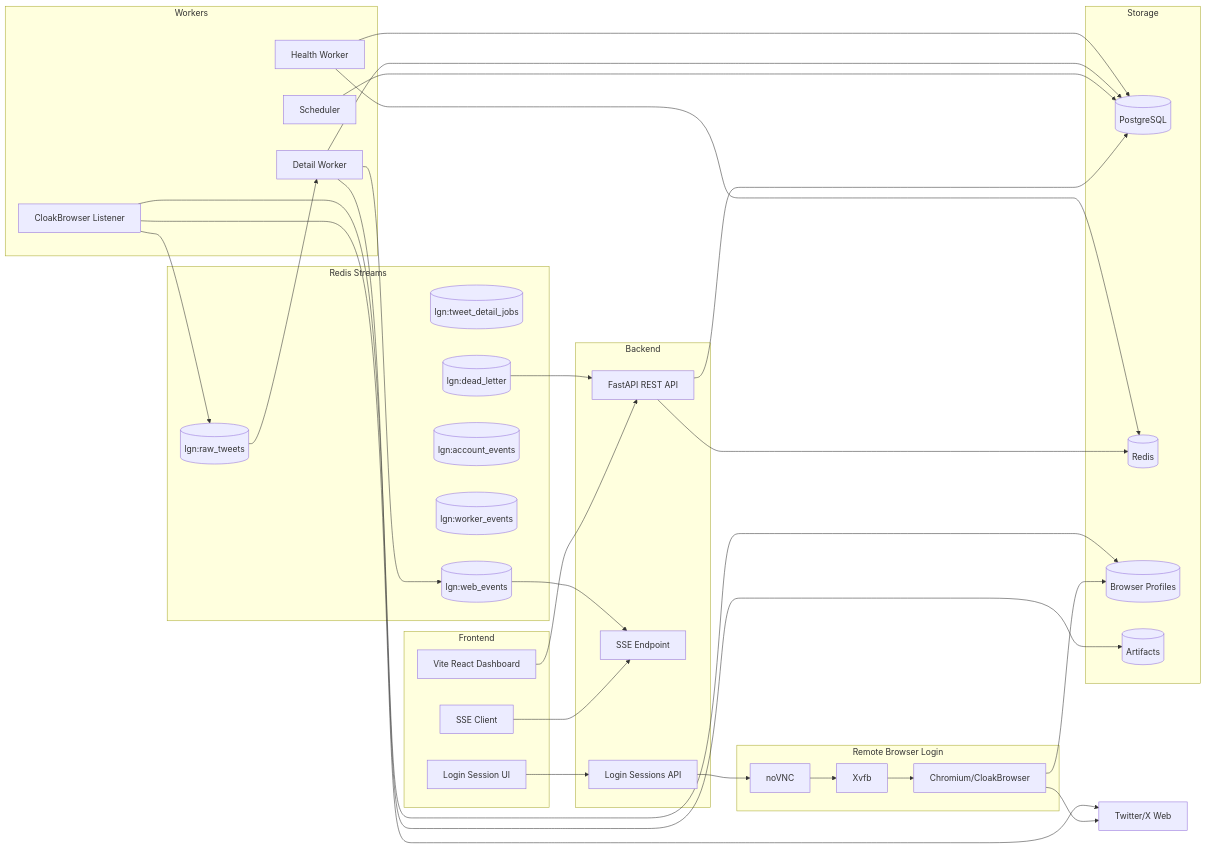
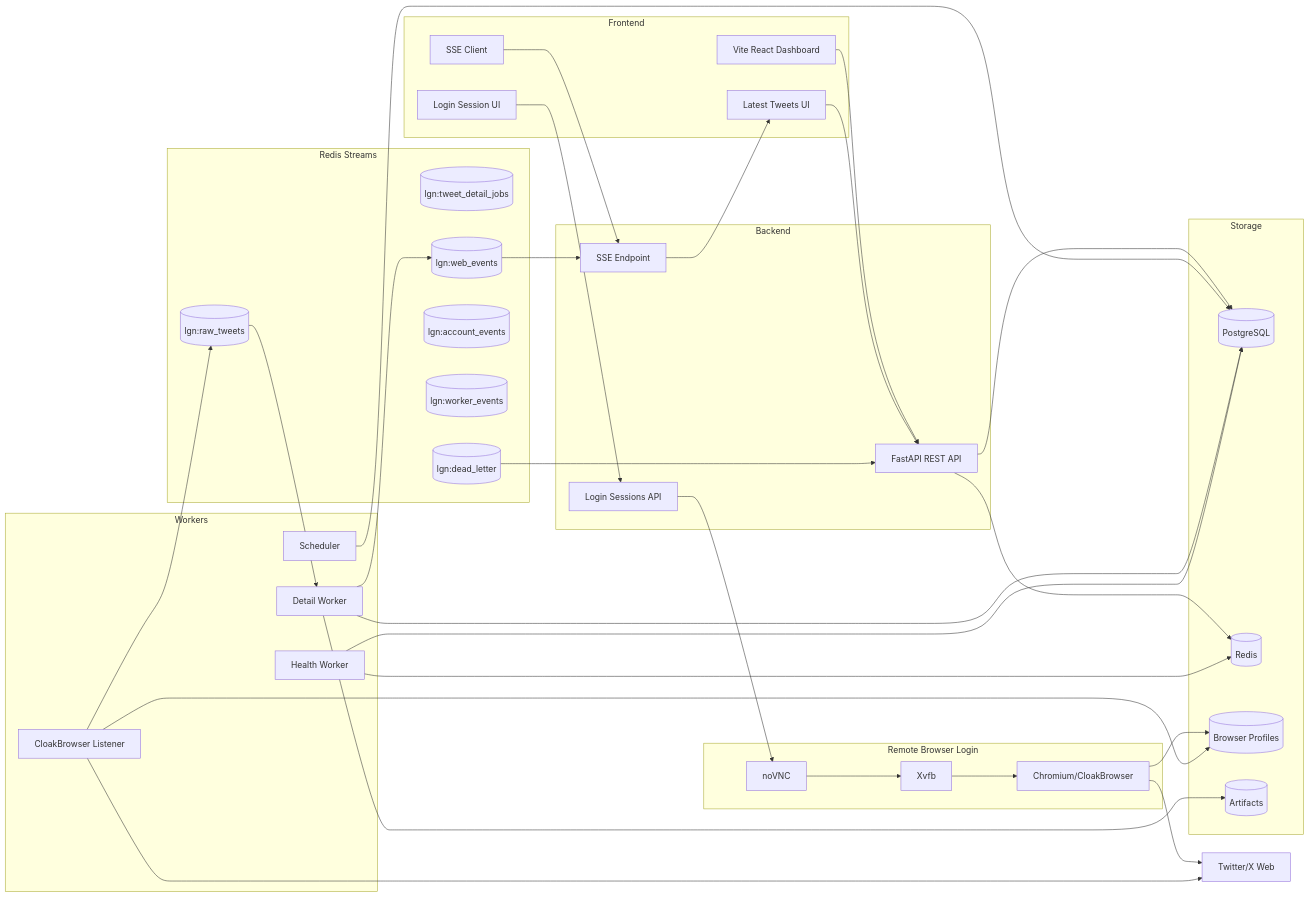
The first of 5 diagrams in docs/architecture.md (Guranta/ganksnews), drawn with Mermaid before and after one commit. The commit also changed other lines of this file and 4 other files, not shown here.

Commit message:
docs: plan latest tweets display

````diff
--- a/docs/architecture.md
+++ b/docs/architecture.md
@@ -5,68 +5,71 @@
 ```mermaid
 flowchart LR
     subgraph Web[Frontend]
         UI[Vite React Dashboard]
         SSEClient[SSE Client]
+        LatestTweets[Latest Tweets UI]
         LoginUI[Login Session UI]
     end
 
     subgraph API[Backend]
         FastAPI[FastAPI REST API]
         SSE[SSE Endpoint]
         LoginSessions[Login Sessions API]
     end
 
     subgraph RemoteBrowser[Remote Browser Login]
         NoVNC[noVNC]
         Xvfb[Xvfb]
         LoginBrowser[Chromium/CloakBrowser]
     end
 
     subgraph Workers[Workers]
         Scheduler[Scheduler]
         Listener[CloakBrowser Listener]
         Detail[Detail Worker]
         Health[Health Worker]
     end
 
     subgraph Queue[Redis Streams]
         RawTweets[(lgn:raw_tweets)]
         DetailJobs[(lgn:tweet_detail_jobs)]
         WebEvents[(lgn:web_events)]
         AccountEvents[(lgn:account_events)]
         WorkerEvents[(lgn:worker_events)]
         DeadLetter[(lgn:dead_letter)]
     end
 
     subgraph Storage[Storage]
         PG[(PostgreSQL)]
         Redis[(Redis)]
         Profiles[(Browser Profiles)]
         Artifacts[(Artifacts)]
     end
 
     X[Twitter/X Web]
 
     UI --> FastAPI
+    LatestTweets --> FastAPI
     SSEClient --> SSE
     LoginUI --> LoginSessions
     FastAPI --> PG
     FastAPI --> Redis
     LoginSessions --> NoVNC
     NoVNC --> Xvfb
     Xvfb --> LoginBrowser
     LoginBrowser --> X
     LoginBrowser --> Profiles
     Scheduler --> PG
     Listener --> Profiles
     Listener --> X
     Listener --> RawTweets
     RawTweets --> Detail
     Detail --> PG
     Detail --> WebEvents
     Detail --> Artifacts
     WebEvents --> SSE
+    SSE --> LatestTweets
     Health --> PG
     Health --> Redis
     DeadLetter --> FastAPI
 ```
````
